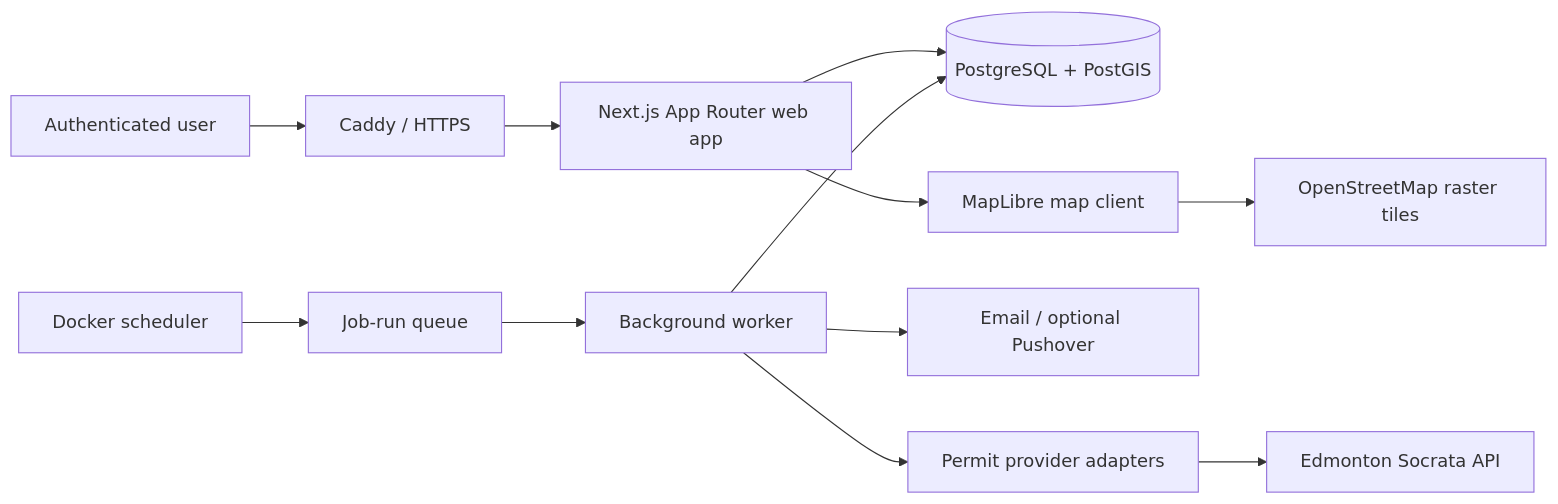
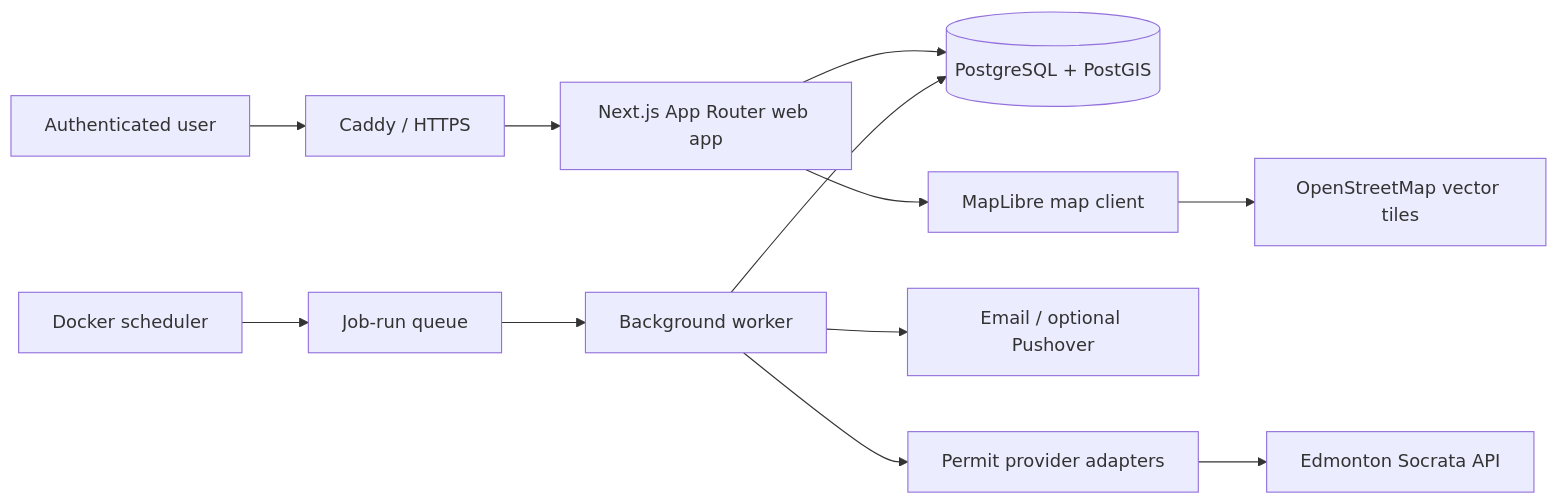
The diagram in README.md (jdtoppin/edmonton-infill-tracker), drawn with Mermaid before and after one commit. The commit also changed other lines of this file and 32 other files, not shown here.

````diff
--- a/README.md
+++ b/README.md
@@ -59,14 +59,14 @@
 ```mermaid
 flowchart LR
   U["Authenticated user"] --> C["Caddy / HTTPS"]
   C --> W["Next.js App Router web app"]
   W --> P[("PostgreSQL + PostGIS")]
   S["Docker scheduler"] --> J["Job-run queue"]
   J --> K["Background worker"]
   K --> A["Permit provider adapters"]
   A --> E["Edmonton Socrata API"]
   K --> P
   K --> N["Email / optional Pushover"]
   W --> M["MapLibre map client"]
-  M --> O["OpenStreetMap raster tiles"]
+  M --> O["OpenStreetMap vector tiles"]
 ```
````
